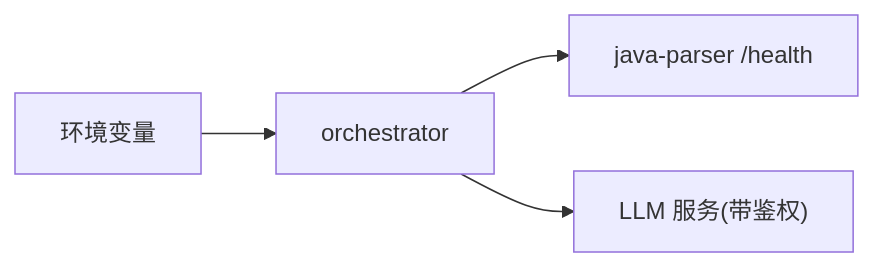
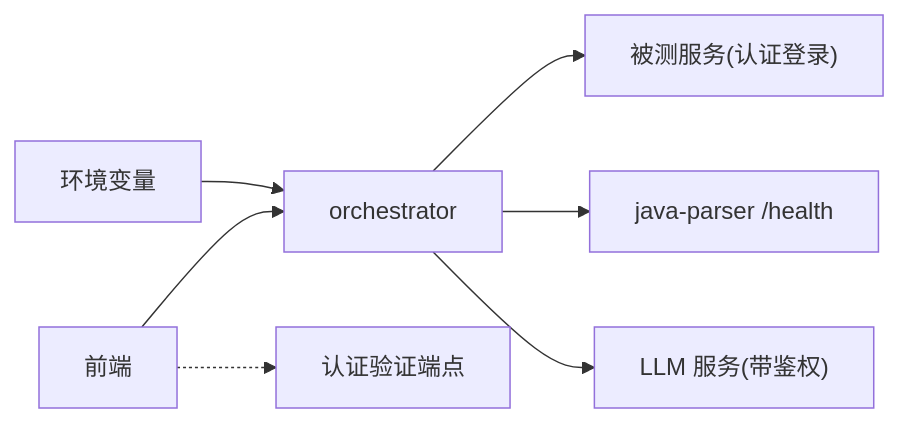
The tenth of 10 diagrams in .qoder/repowiki/zh/content/API参考文档/认证授权.md (Joeyzheng001/LLM-AutoTest), drawn with Mermaid before and after one commit. The commit also changed other lines of this file and 94 other files, not shown here.

````diff
--- a/.qoder/repowiki/zh/content/API参考文档/认证授权.md
+++ b/.qoder/repowiki/zh/content/API参考文档/认证授权.md
@@ -292,6 +464,9 @@
 ```mermaid
 graph LR
 ENV["环境变量"] --> ORCH["orchestrator"]
+ORCH --> AUTH["被测服务(认证登录)"]
 ORCH --> JP["java-parser /health"]
 ORCH --> LLM["LLM 服务(带鉴权)"]
+FRONT["前端"] --> ORCH
+FRONT -.-> VERIFY["认证验证端点"]
 ```
````
